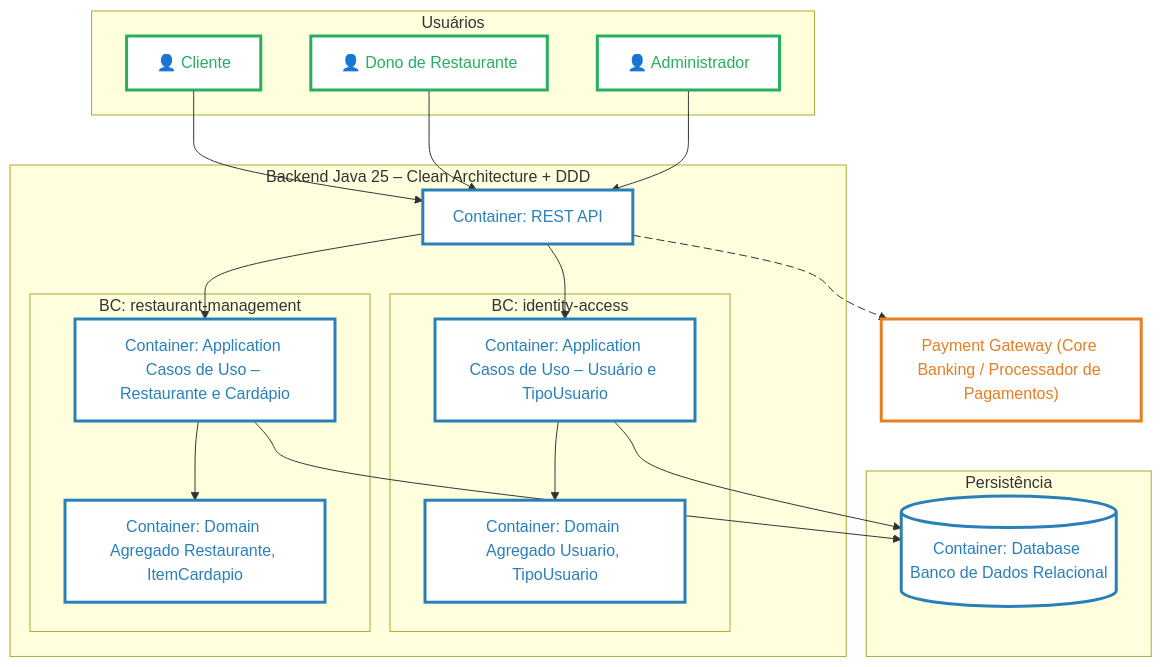
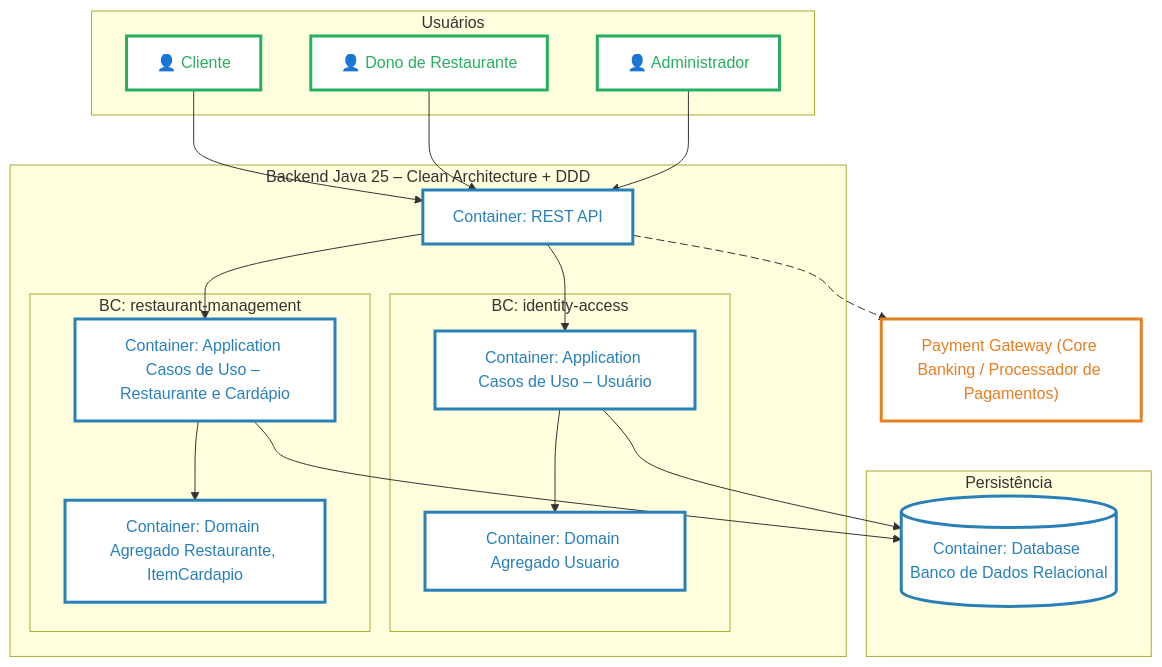
Before and after one commit to tc-clean-arch/tc03-architect-hero: the second of 2 diagrams in doc/C4.md, drawn with Mermaid.

Commit message:
Refactor container names in C4 documentation

````diff
--- a/doc/C4.md
+++ b/doc/C4.md
@@ -49,73 +49,73 @@
 ```mermaid
 flowchart TB
     %% ===================== Usuários =====================
     subgraph Users [Usuários]
         cliente["👤 Cliente"]
         dono["👤 Dono de Restaurante"]
         admin["👤 Administrador"]
     end
 
     %% ===================== Backend ======================
     subgraph Backend [Backend Java 25 – Clean Architecture + DDD]
         api["Container: REST API"]
 
         subgraph BC_Identity [BC: identity-access]
-            ia_app["Container: Application Casos de Uso – Usuário e TipoUsuario"]
-            ia_domain["Container: Domain Agregado Usuario, TipoUsuario"]
+            ia_app["Container: Application Casos de Uso – Usuário"]
+            ia_domain["Container: Domain Agregado Usuario"]
         end
 
         subgraph BC_Restaurant [BC: restaurant-management]
             rm_app["Container: Application Casos de Uso – Restaurante e Cardápio"]
             rm_domain["Container: Domain Agregado Restaurante, ItemCardapio"]
         end
     end
 
     %% ===================== Persistência ==================
     subgraph Storage [Persistência]
         db[(Container: Database Banco de Dados Relacional)]
     end
 
     %% ===================== Sistemas externos =============
     paymentGw["Payment Gateway (Core Banking / Processador de Pagamentos)"]
 
     %% ===================== Fluxos ========================
     cliente --> api
     dono --> api
     admin --> api
 
     api --> ia_app
     api --> rm_app
 
     ia_app --> ia_domain
     rm_app --> rm_domain
 
     ia_app --> db
     rm_app --> db
 
     api --> paymentGw
 
     %% ===================== Estilos =======================
     %% Person (verde)
     classDef person fill:#ffffff,stroke:#27ae60,stroke-width:3px,color:#27ae60;
 
     %% Containers internos (azul)
     classDef container fill:#ffffff,stroke:#2980b9,stroke-width:3px,color:#2980b9;
 
     %% Database container (azul)
     classDef db fill:#ffffff,stroke:#2980b9,stroke-width:3px,color:#2980b9;
 
     %% Sistemas externos – payment (laranja)
     classDef externalOrange fill:#ffffff,stroke:#e67e22,stroke-width:3px,color:#e67e22;
 
     %% Estilo para links tracejados
     classDef dashed stroke-dasharray: 8 4;
 
     %% Aplicação das classes
     class cliente,dono,admin person;
     class api,ia_app,ia_domain,rm_app,rm_domain container;
     class db db;
     class paymentGw externalOrange;
 
     %% Relação externa tracejada (ajustada índice)
     linkStyle 9 stroke-dasharray:8 4;
 ```
````
